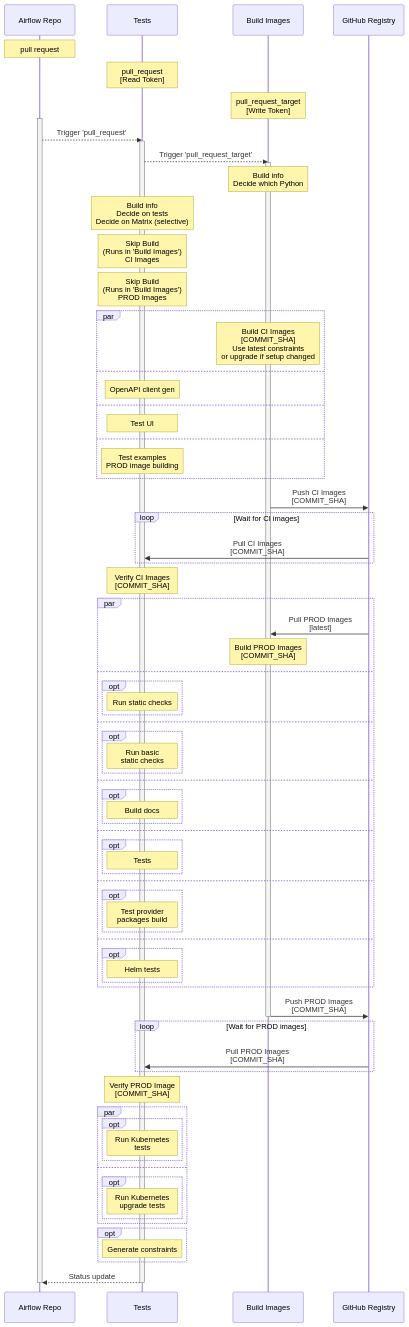
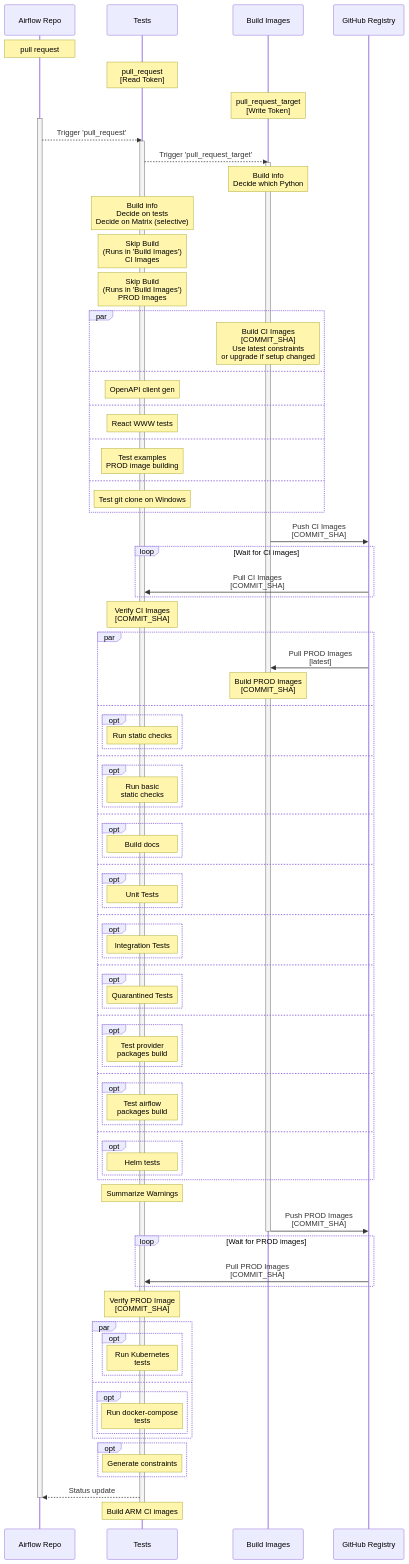
One commit to GoogleCloudPlatform/composer-airflow changed the first of 4 diagrams in CI_DIAGRAMS.md. Above: the diagram before and after it, drawn with Mermaid. The commit also changed other lines of this file and 2 other files, not shown here.

````diff
--- a/CI_DIAGRAMS.md
+++ b/CI_DIAGRAMS.md
@@ -42,9 +42,11 @@
     and
         Note over Tests: OpenAPI client gen
     and
-        Note over Tests: Test UI
+        Note over Tests: React WWW tests
     and
         Note over Tests: Test examples<br>PROD image building
+    and
+        Note over Tests: Test git clone on Windows
     end
     Build Images ->> GitHub Registry: Push CI Images<br>[COMMIT_SHA]
     loop Wait for CI images
@@ -68,7 +70,15 @@
         end
     and
         opt
-            Note over Tests: Tests
+            Note over Tests: Unit Tests
+        end
+    and
+        opt
+            Note over Tests: Integration Tests
+        end
+    and
+        opt
+            Note over Tests: Quarantined Tests
         end
     and
         opt
@@ -76,9 +86,14 @@
         end
     and
         opt
+            Note over Tests: Test airflow <br>packages build
+        end
+    and
+        opt
             Note over Tests: Helm tests
         end
     end
+    Note over Tests: Summarize Warnings
     Build Images ->> GitHub Registry: Push PROD Images<br>[COMMIT_SHA]
     deactivate Build Images
     loop Wait for PROD images
@@ -87,11 +102,11 @@
     Note over Tests: Verify PROD Image<br>[COMMIT_SHA]
     par
         opt
-            Note over Tests: Run Kubernetes<br>tests
+            Note over Tests: Run Kubernetes <br>tests
         end
     and
         opt
-            Note over Tests: Run Kubernetes<br>upgrade tests
+            Note over Tests: Run docker-compose <br>tests
         end
     end
     opt
@@ -99,5 +114,6 @@
     end
     Tests -->> Airflow Repo: Status update
     deactivate Airflow Repo
+    Note over Tests: Build ARM CI images
     deactivate Tests
 ```
````
